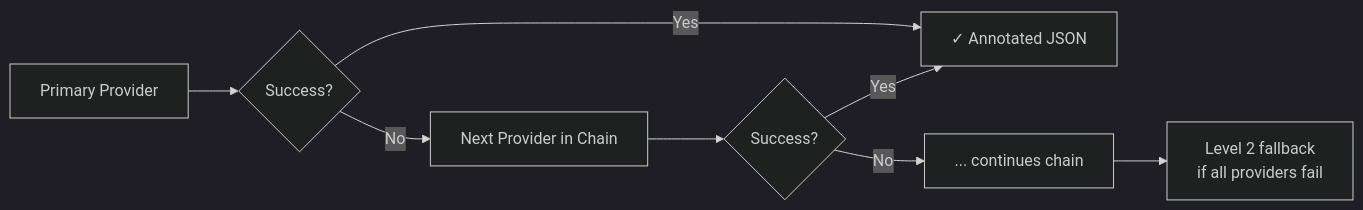
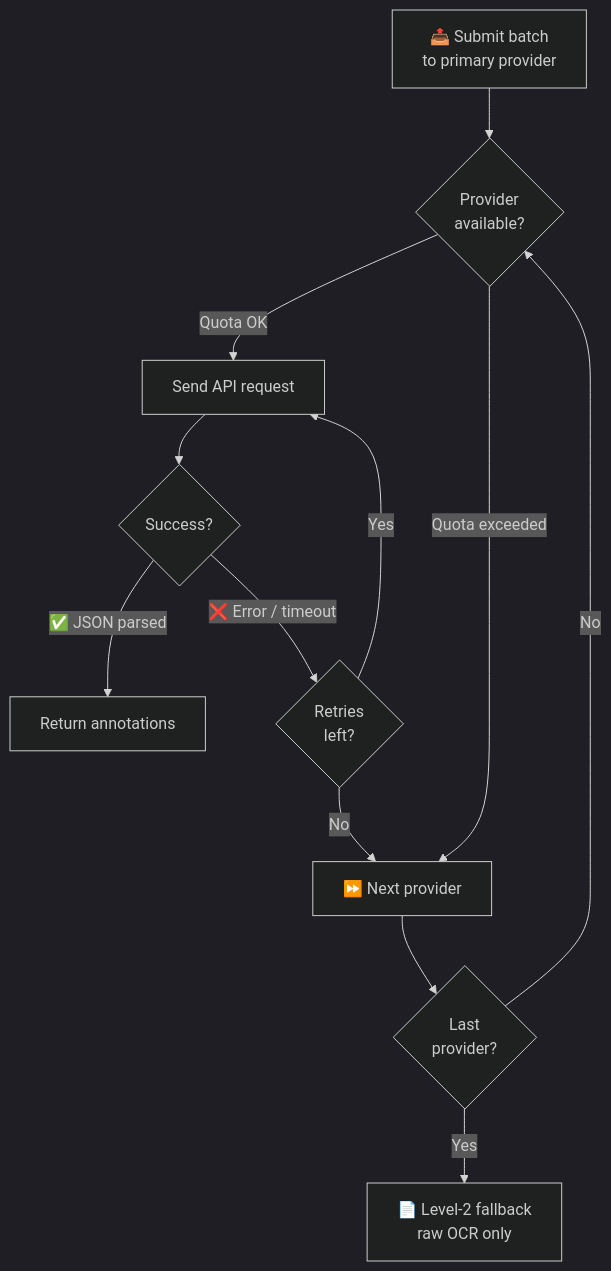
The third of 4 diagrams in README.md (rai8053/indic-ocr-pipeline), drawn with Mermaid (dark theme) before and after one commit. The commit also changed other lines of this file, not shown here.

Commit message:
Improve README: visual hierarchy, comparison table, gallery, expanded FAQ, workflows, architecture diagrams

````diff
--- a/README.md
+++ b/README.md
@@ -184,10 +306,14 @@
 ```mermaid
-graph LR
-    A["Primary Provider"] --> B{"Success?"}
-    B -->|"Yes"| C["✓ Annotated JSON"]
-    B -->|"No"| D["Next Provider in Chain"]
-    D --> E{"Success?"}
-    E -->|"Yes"| C
-    E -->|"No"| F["... continues chain"]
-    F --> G["Level 2 fallback<br/>if all providers fail"]
+graph TB
+    START["📤 Submit batch<br/>to primary provider"] --> CHECK{"Provider<br/>available?"}
+    CHECK -->|"Quota OK"| SEND["Send API request"]
+    CHECK -->|"Quota exceeded"| NEXT["⏩ Next provider"]
+    SEND --> RESULT{"Success?"}
+    RESULT -->|"✅ JSON parsed"| DONE["Return annotations"]
+    RESULT -->|"❌ Error / timeout"| RETRY{"Retries<br/>left?"}
+    RETRY -->|"Yes"| SEND
+    RETRY -->|"No"| NEXT
+    NEXT --> LAST{"Last<br/>provider?"}
+    LAST -->|"No"| CHECK
+    LAST -->|"Yes"| FALLBACK["📄 Level-2 fallback<br/>raw OCR only"]
 ```
````
